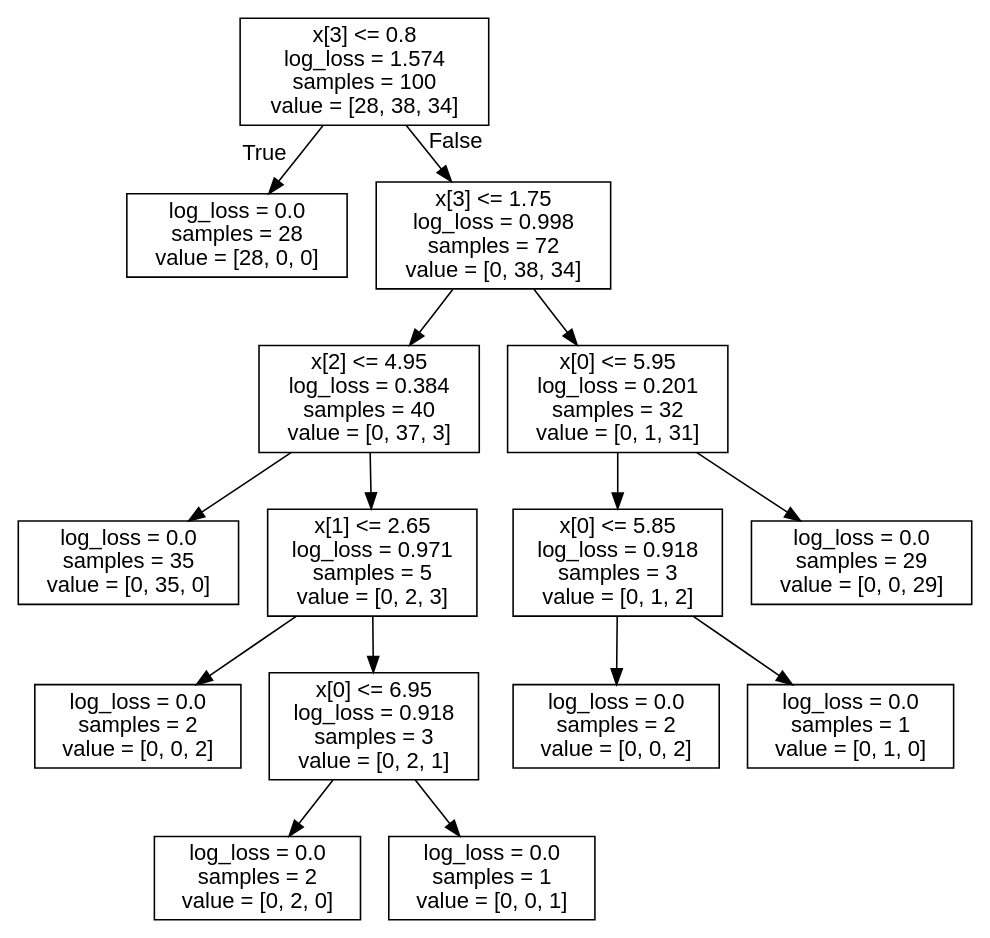
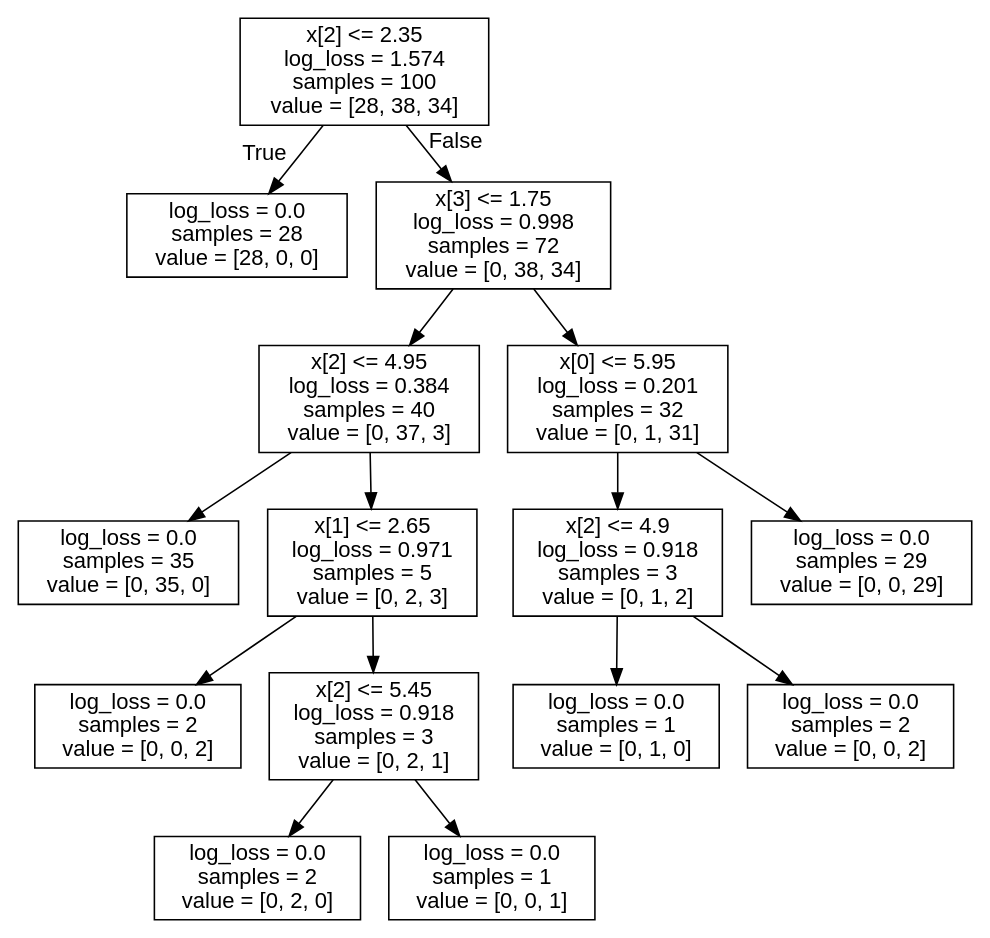
Before and after one commit to anjaneyak10/DecisionTree: the diagram in irisLogLoss.dot, drawn with Graphviz. The commit also changed 4 other files, not shown here.

```diff
--- a/irisLogLoss.dot
+++ b/irisLogLoss.dot
@@ -1,33 +1,33 @@
 digraph Tree {
 node [shape=box, fontname="helvetica"] ;
 edge [fontname="helvetica"] ;
-0 [label="x[3] <= 0.8\nlog_loss = 1.574\nsamples = 100\nvalue = [28, 38, 34]"] ;
+0 [label="x[2] <= 2.35\nlog_loss = 1.574\nsamples = 100\nvalue = [28, 38, 34]"] ;
 1 [label="log_loss = 0.0\nsamples = 28\nvalue = [28, 0, 0]"] ;
 0 -> 1 [labeldistance=2.5, labelangle=45, headlabel="True"] ;
 2 [label="x[3] <= 1.75\nlog_loss = 0.998\nsamples = 72\nvalue = [0, 38, 34]"] ;
 0 -> 2 [labeldistance=2.5, labelangle=-45, headlabel="False"] ;
 3 [label="x[2] <= 4.95\nlog_loss = 0.384\nsamples = 40\nvalue = [0, 37, 3]"] ;
 2 -> 3 ;
 4 [label="log_loss = 0.0\nsamples = 35\nvalue = [0, 35, 0]"] ;
 3 -> 4 ;
 5 [label="x[1] <= 2.65\nlog_loss = 0.971\nsamples = 5\nvalue = [0, 2, 3]"] ;
 3 -> 5 ;
 6 [label="log_loss = 0.0\nsamples = 2\nvalue = [0, 0, 2]"] ;
 5 -> 6 ;
-7 [label="x[0] <= 6.95\nlog_loss = 0.918\nsamples = 3\nvalue = [0, 2, 1]"] ;
+7 [label="x[2] <= 5.45\nlog_loss = 0.918\nsamples = 3\nvalue = [0, 2, 1]"] ;
 5 -> 7 ;
 8 [label="log_loss = 0.0\nsamples = 2\nvalue = [0, 2, 0]"] ;
 7 -> 8 ;
 9 [label="log_loss = 0.0\nsamples = 1\nvalue = [0, 0, 1]"] ;
 7 -> 9 ;
 10 [label="x[0] <= 5.95\nlog_loss = 0.201\nsamples = 32\nvalue = [0, 1, 31]"] ;
 2 -> 10 ;
-11 [label="x[0] <= 5.85\nlog_loss = 0.918\nsamples = 3\nvalue = [0, 1, 2]"] ;
+11 [label="x[2] <= 4.9\nlog_loss = 0.918\nsamples = 3\nvalue = [0, 1, 2]"] ;
 10 -> 11 ;
-12 [label="log_loss = 0.0\nsamples = 2\nvalue = [0, 0, 2]"] ;
+12 [label="log_loss = 0.0\nsamples = 1\nvalue = [0, 1, 0]"] ;
 11 -> 12 ;
-13 [label="log_loss = 0.0\nsamples = 1\nvalue = [0, 1, 0]"] ;
+13 [label="log_loss = 0.0\nsamples = 2\nvalue = [0, 0, 2]"] ;
 11 -> 13 ;
 14 [label="log_loss = 0.0\nsamples = 29\nvalue = [0, 0, 29]"] ;
 10 -> 14 ;
 }
```
